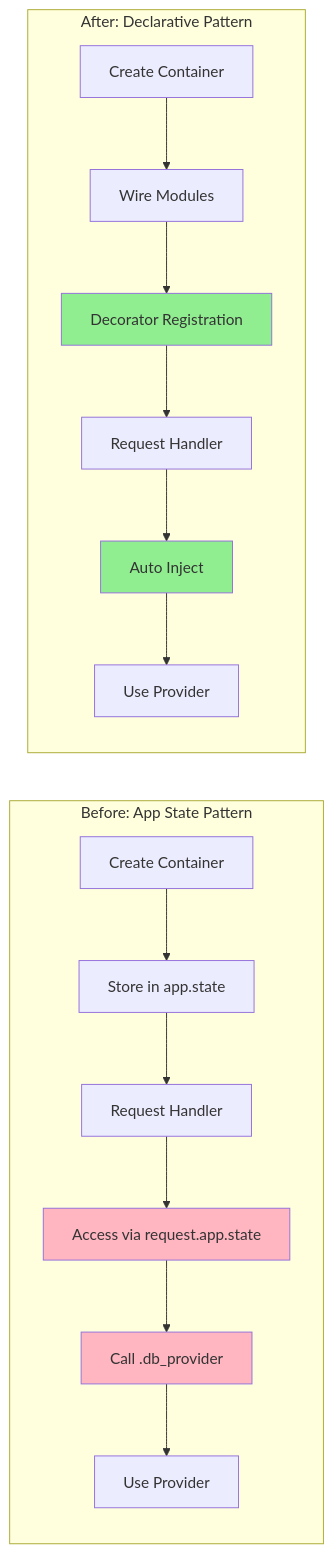
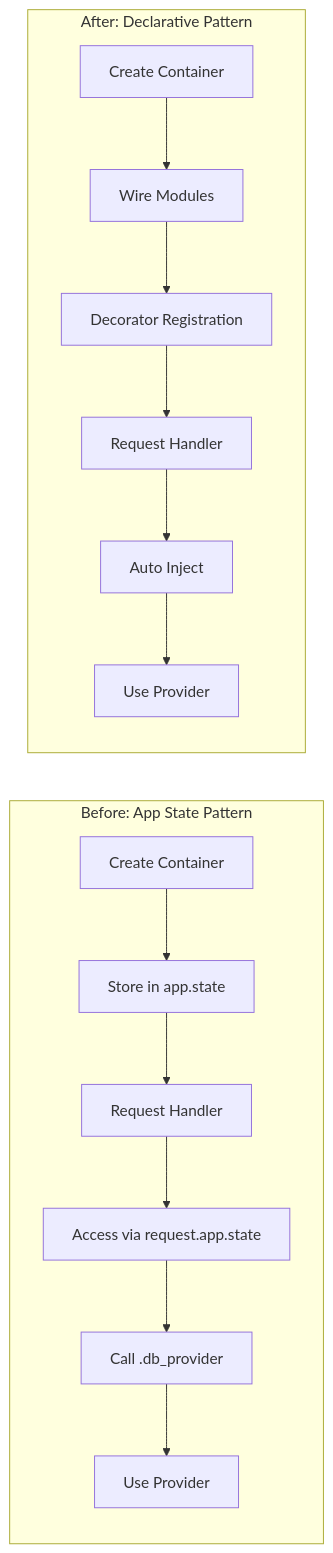
One commit to ELC/upskilling changed the fourth of 6 diagrams in docs/changes_from_refactor-to-app-factory_to_use-provide-in-injections.md. Above: the diagram before and after it, drawn with Mermaid. The commit also changed other lines of this file, not shown here.

````diff
--- a/docs/changes_from_refactor-to-app-factory_to_use-provide-in-injections.md
+++ b/docs/changes_from_refactor-to-app-factory_to_use-provide-in-injections.md
@@ -232,24 +228,18 @@
 ```mermaid
 graph LR
     subgraph "Before: App State Pattern"
         B1[Create Container] --> B2[Store in app.state]
         B2 --> B3[Request Handler]
         B3 --> B4[Access via request.app.state]
         B4 --> B5[Call .db_provider]
         B5 --> B6[Use Provider]
-        
-        style B4 fill:#FFB6C1
-        style B5 fill:#FFB6C1
     end
     
     subgraph "After: Declarative Pattern"
         A1[Create Container] --> A2[Wire Modules]
         A2 --> A3[Decorator Registration]
         A3 --> A4[Request Handler]
         A4 --> A5[Auto Inject]
         A5 --> A6[Use Provider]
-        
-        style A5 fill:#90EE90
-        style A3 fill:#90EE90
     end
 ```
````
